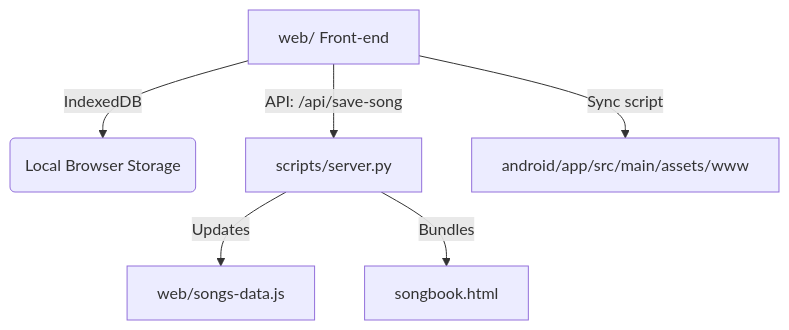
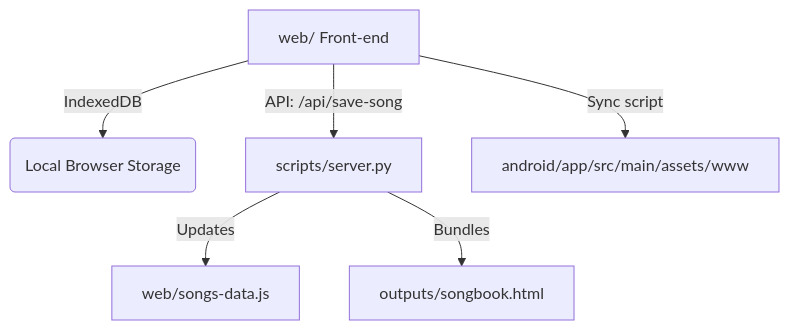
Before and after one commit to ohadmanor/songbook: the diagram in README.md, drawn with Mermaid. The commit also changed other lines of this file and 9 other files, not shown here.

````diff
--- a/README.md
+++ b/README.md
@@ -27,8 +27,8 @@
 ```mermaid
 graph TD
     A[web/ Front-end] -->|IndexedDB| B(Local Browser Storage)
     A -->|API: /api/save-song| C[scripts/server.py]
     C -->|Updates| D[web/songs-data.js]
-    C -->|Bundles| E[songbook.html]
+    C -->|Bundles| E[outputs/songbook.html]
     A -->|Sync script| F[android/app/src/main/assets/www]
 ```
````
